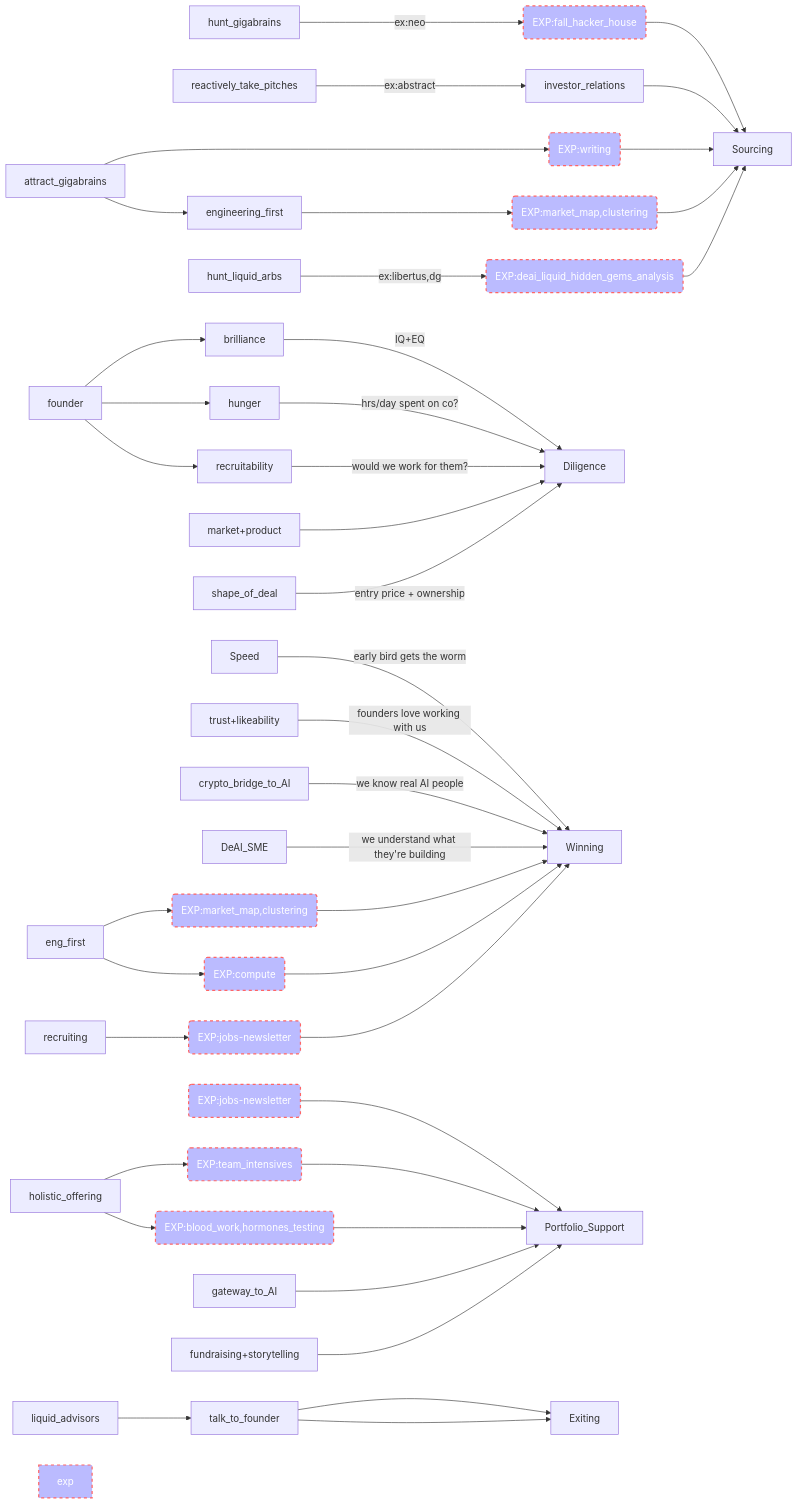
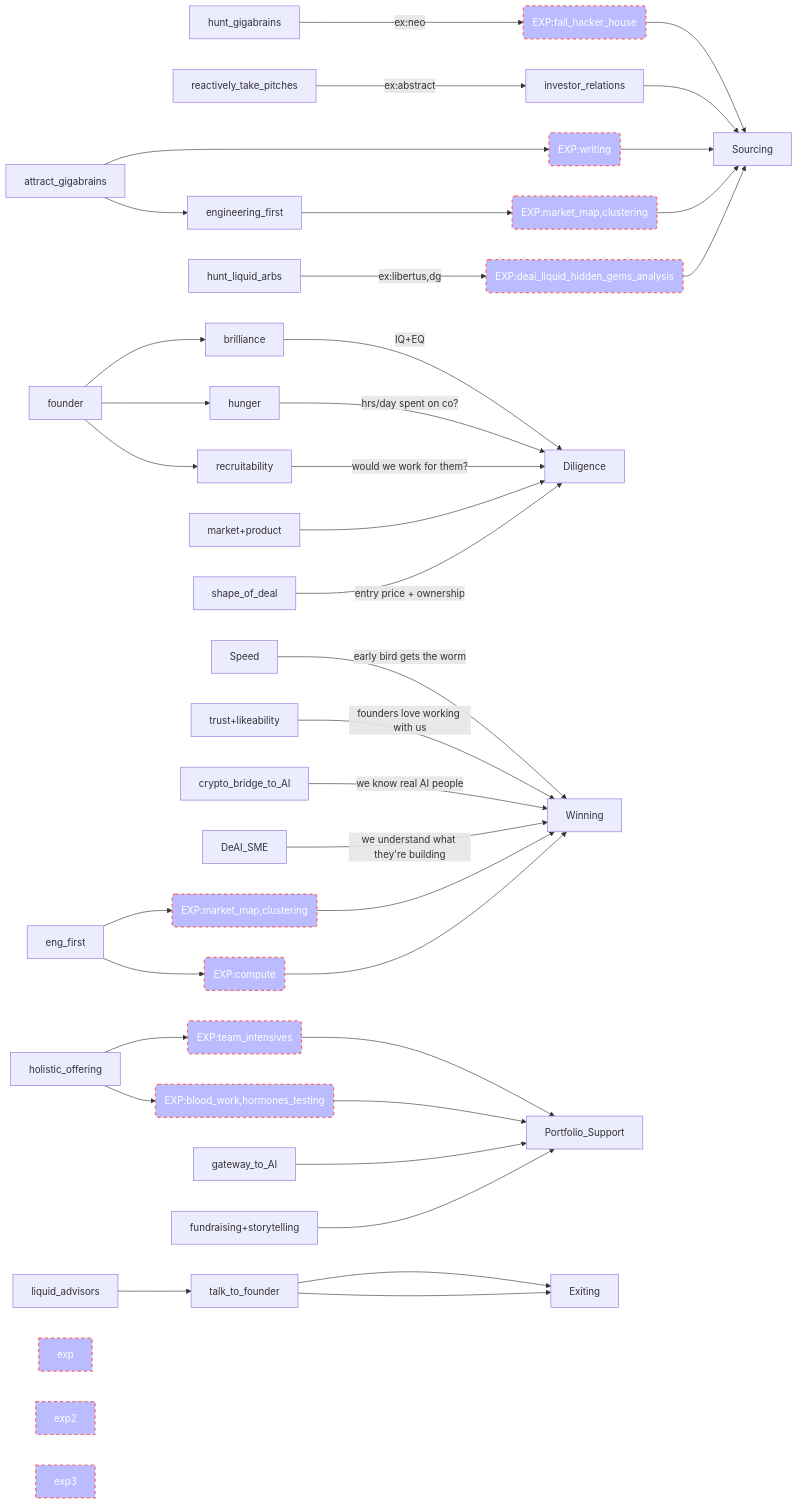
One commit to ckathleen/topology-strategy changed the diagram in README.md. Above: the diagram before and after it, drawn with Mermaid.

````diff
--- a/README.md
+++ b/README.md
@@ -3,43 +3,41 @@
 ```mermaid
 graph LR
   hunt_gigabrains -- ex:neo --> exp8(EXP:fall_hacker_house) --> Sourcing
   reactively_take_pitches -- ex:abstract --> investor_relations --> Sourcing
   attract_gigabrains --> exp6(EXP:writing) --> Sourcing
   attract_gigabrains --> engineering_first --> exp0(EXP:market_map,clustering) --> Sourcing
 
   hunt_liquid_arbs -- ex:libertus,dg --> exp7(EXP:deai_liquid_hidden_gems_analysis) --> Sourcing
   founder --> brilliance -- IQ+EQ --> Diligence
   founder --> hunger -- hrs/day spent on co? --> Diligence
   founder --> recruitability -- would we work for them? --> Diligence
   market+product --> Diligence
   shape_of_deal -- entry price + ownership --> Diligence
   Speed -- early bird gets the worm --> Winning
   trust+likeability -- founders love working with us --> Winning
   crypto_bridge_to_AI -- we know real AI people --> Winning
   DeAI_SME -- we understand what they're building --> Winning
   eng_first --> exp9(EXP:market_map,clustering) --> Winning
   eng_first --> exp1(EXP:compute) --> Winning
-  recruiting --> exp2(EXP:jobs-newsletter) --> Winning
-  exp3(EXP:jobs-newsletter) --> Portfolio_Support
   holistic_offering --> exp4(EXP:team_intensives) --> Portfolio_Support
   holistic_offering --> exp5(EXP:blood_work,hormones_testing) --> Portfolio_Support
   gateway_to_AI --> Portfolio_Support
   fundraising+storytelling --> Portfolio_Support
   liquid_advisors --> talk_to_founder --> Exiting
   talk_to_founder --> Exiting
 
 style exp fill:#bbf,stroke:#f66,stroke-width:2px,color:#fff,stroke-dasharray: 5 5
 style exp0 fill:#bbf,stroke:#f66,stroke-width:2px,color:#fff,stroke-dasharray: 5 5
 style exp1 fill:#bbf,stroke:#f66,stroke-width:2px,color:#fff,stroke-dasharray: 5 5
 style exp2 fill:#bbf,stroke:#f66,stroke-width:2px,color:#fff,stroke-dasharray: 5 5
 style exp3 fill:#bbf,stroke:#f66,stroke-width:2px,color:#fff,stroke-dasharray: 5 5
 style exp4 fill:#bbf,stroke:#f66,stroke-width:2px,color:#fff,stroke-dasharray: 5 5
 style exp5 fill:#bbf,stroke:#f66,stroke-width:2px,color:#fff,stroke-dasharray: 5 5
 style exp6 fill:#bbf,stroke:#f66,stroke-width:2px,color:#fff,stroke-dasharray: 5 5
 style exp7 fill:#bbf,stroke:#f66,stroke-width:2px,color:#fff,stroke-dasharray: 5 5
 style exp8 fill:#bbf,stroke:#f66,stroke-width:2px,color:#fff,stroke-dasharray: 5 5
 style exp9 fill:#bbf,stroke:#f66,stroke-width:2px,color:#fff,stroke-dasharray: 5 5
 
 
 
 ```
````
